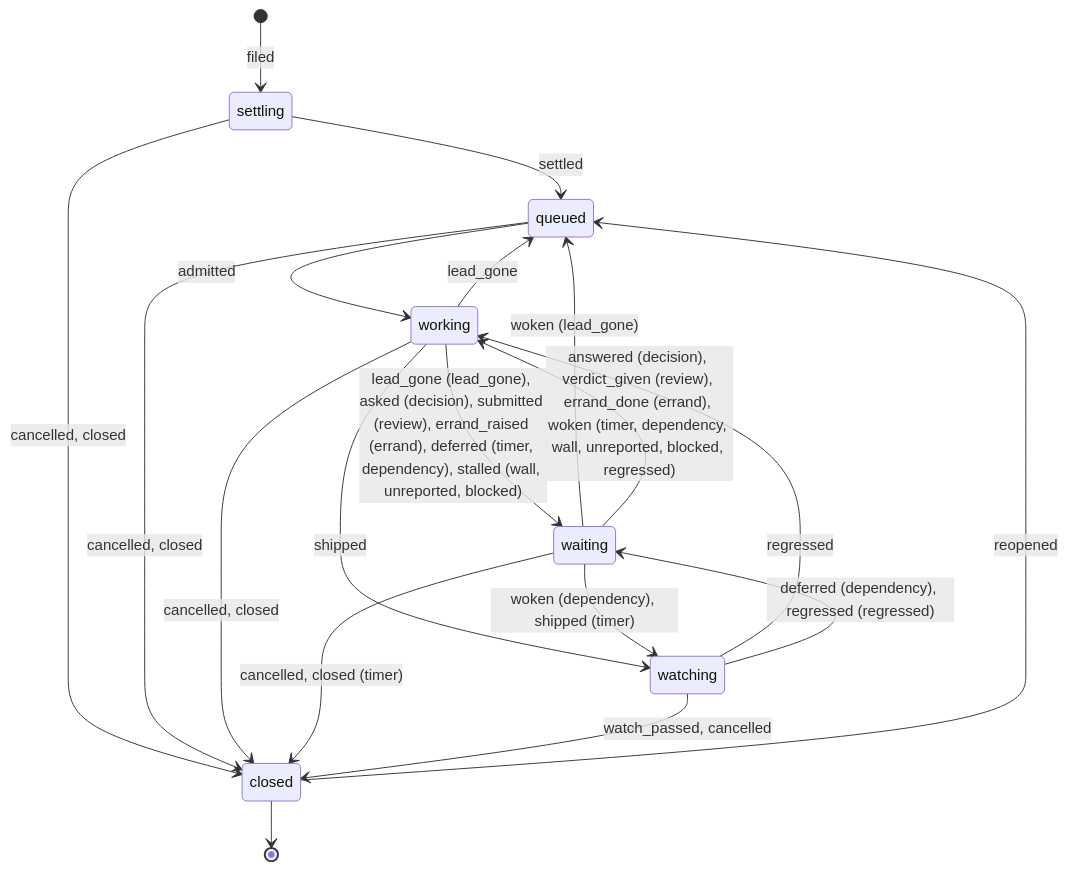
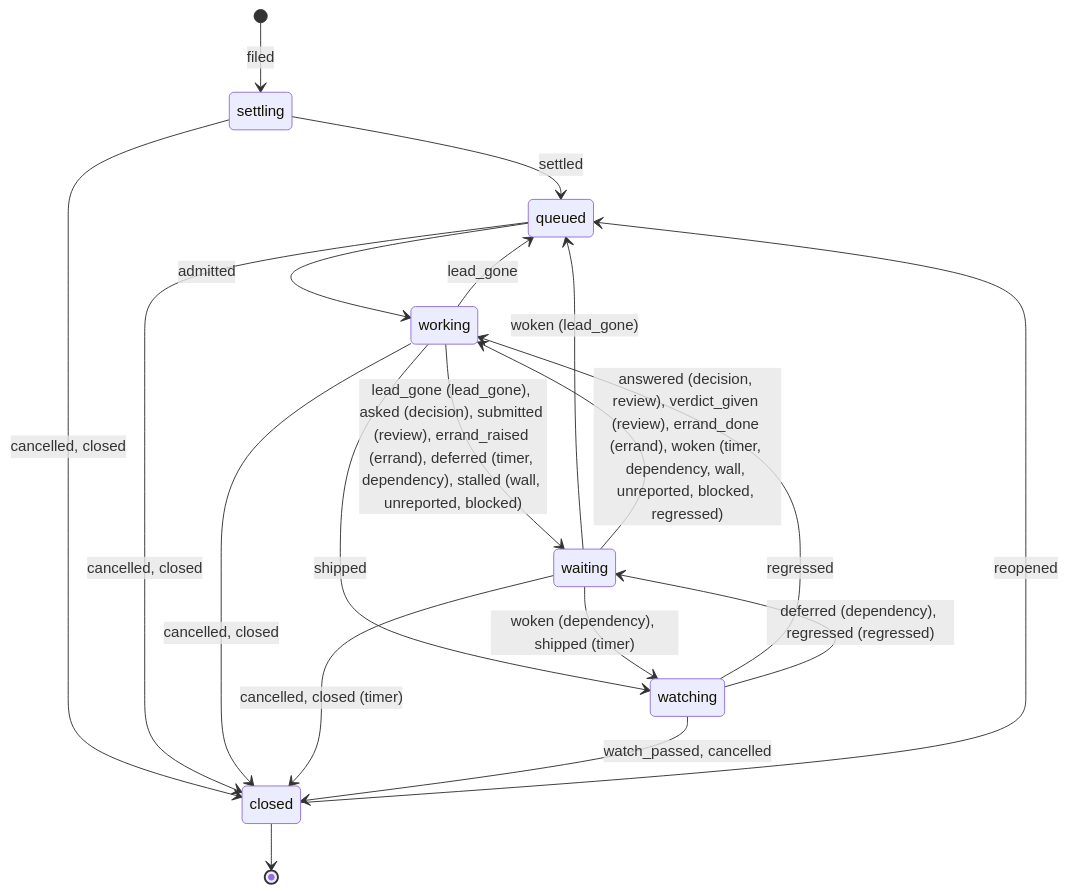
One commit to jkrumm/software-factory changed the diagram in docs/language.md. Above: the diagram before and after it, drawn with Mermaid. The commit also changed other lines of this file and 20 other files, not shown here.

````diff
--- a/docs/language.md
+++ b/docs/language.md
@@ -153,21 +153,21 @@
 ```mermaid
 stateDiagram-v2
   [*] --> settling: filed
   settling --> queued: settled
   settling --> closed: cancelled, closed
   queued --> working: admitted
   queued --> closed: cancelled, closed
   working --> queued: lead_gone
   working --> waiting: lead_gone (lead_gone), asked (decision), submitted (review), errand_raised (errand), deferred (timer, dependency), stalled (wall, unreported, blocked)
   working --> watching: shipped
   working --> closed: cancelled, closed
   waiting --> queued: woken (lead_gone)
-  waiting --> working: answered (decision), verdict_given (review), errand_done (errand), woken (timer, dependency, wall, unreported, blocked, regressed)
+  waiting --> working: answered (decision, review), verdict_given (review), errand_done (errand), woken (timer, dependency, wall, unreported, blocked, regressed)
   waiting --> watching: woken (dependency), shipped (timer)
   waiting --> closed: cancelled, closed (timer)
   watching --> working: regressed
   watching --> waiting: deferred (dependency), regressed (regressed)
   watching --> closed: watch_passed, cancelled
   closed --> queued: reopened
   closed --> [*]
 ```
````
